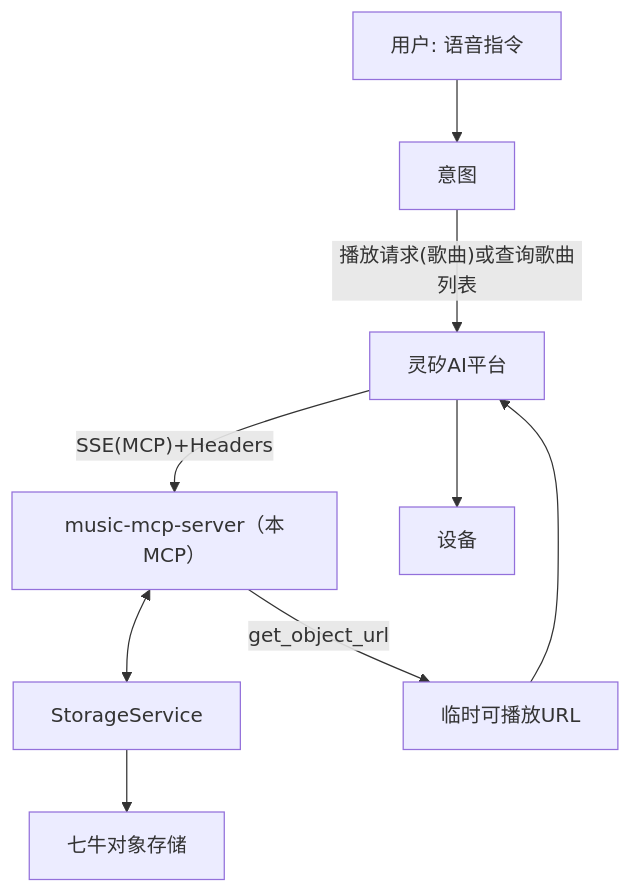
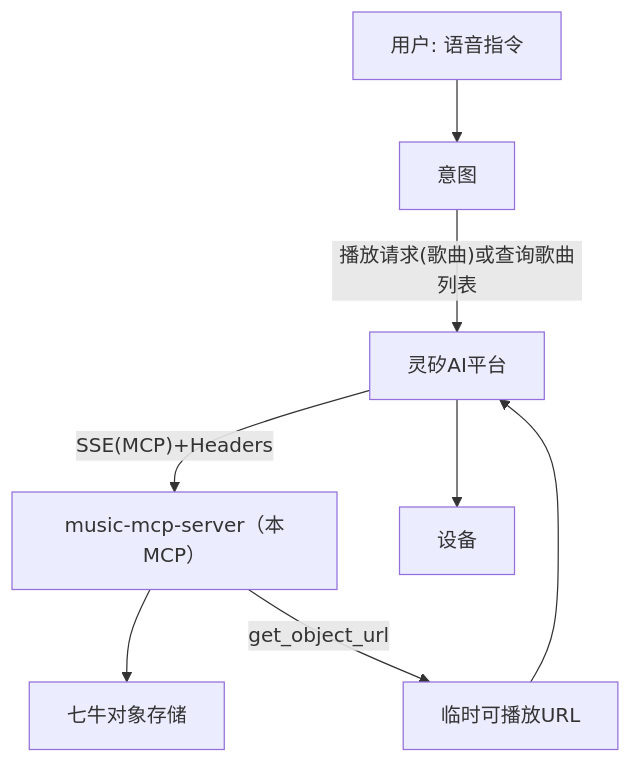
The diagram in docs/xrobot/mcp/example-music-pan.md (qiniu/Xrobot-docs), drawn with Mermaid before and after one commit. The commit also changed other lines of this file and 1 other file, not shown here.

````diff
--- a/docs/xrobot/mcp/example-music-pan.md
+++ b/docs/xrobot/mcp/example-music-pan.md
@@ -19,11 +19,10 @@
 ```mermaid
 flowchart TD
     U["用户: 语音指令"] --> NLU["意图"]
     NLU -->|"播放请求(歌曲)或查询歌曲列表"| SVR["灵矽AI平台"]
     SVR -->|"SSE(MCP)+Headers"| MCP["music-mcp-server（本MCP）"]
-    MCP <--> STG["StorageService"]
-    STG --> KODO["七牛对象存储"]
+    MCP --> KODO["七牛对象存储"]
     MCP -->|"get_object_url"| URL["临时可播放URL"]
     URL --> SVR
     SVR --> DEVICE["设备"]
 ```
````
